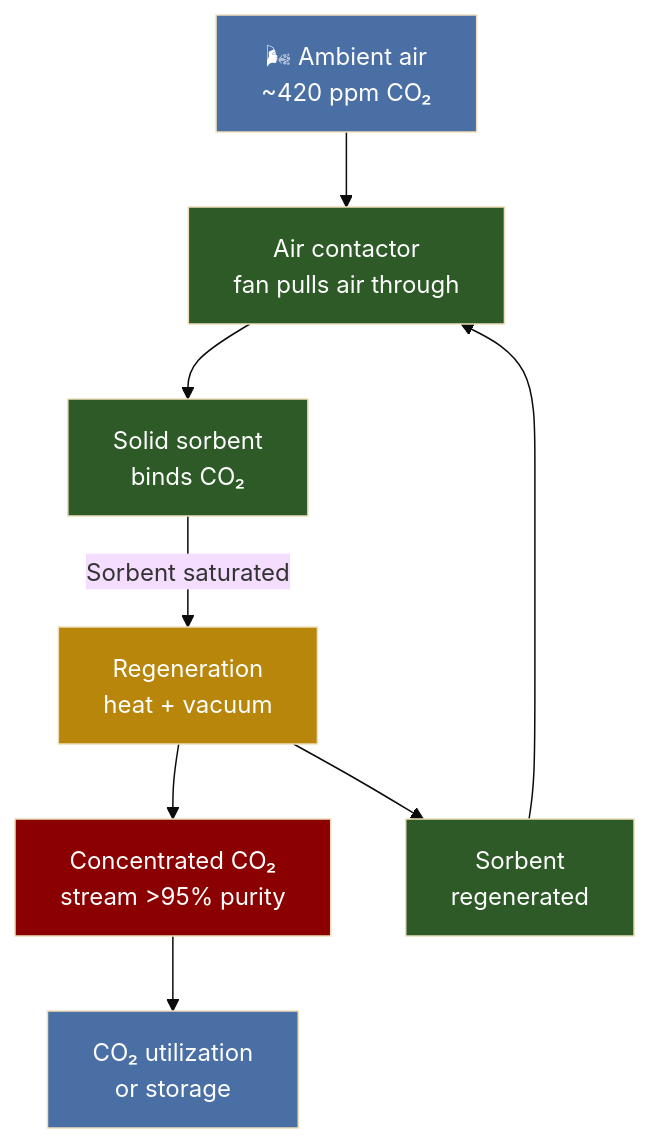
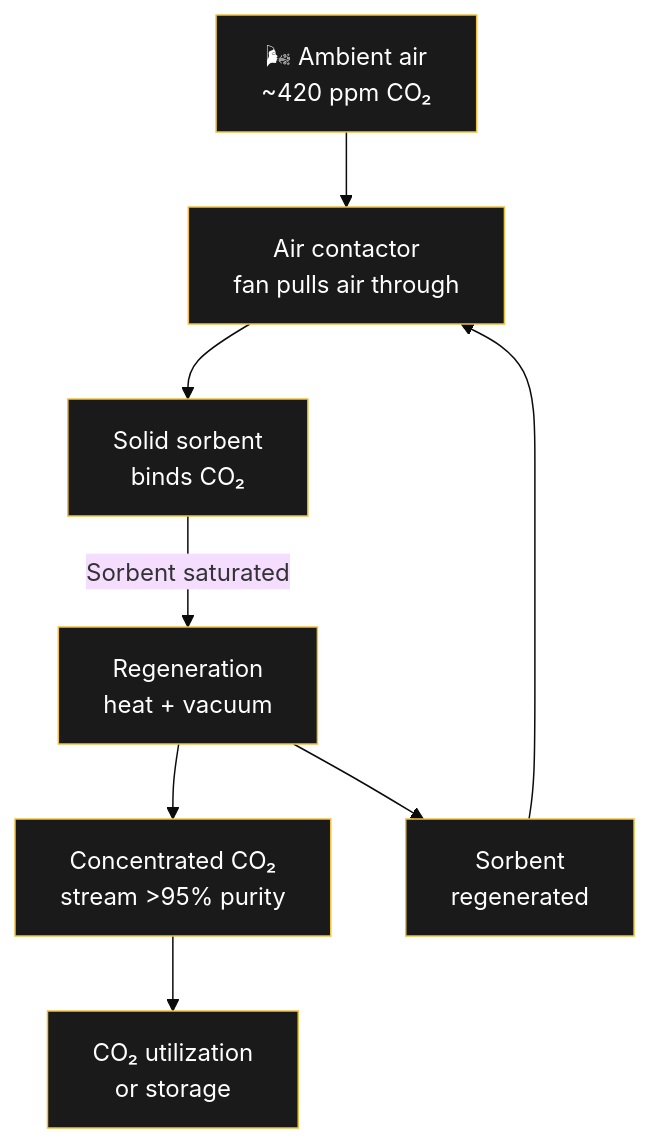
Before and after one commit to raulmina1/quartz-garden: the first of 2 diagrams in content/Engineering/Direct-Air-Capture.md, drawn with Mermaid (base theme). The commit also changed other lines of this file and 13 other files, not shown here.

Commit message:
all 10 improvements: dark flowcharts, Plausible analytics, favicon, CNAME for domain, OG images already active

````diff
--- a/content/Engineering/Direct-Air-Capture.md
+++ b/content/Engineering/Direct-Air-Capture.md
@@ -27,19 +27,19 @@
 ```mermaid
 flowchart TD
     A[🌬 Ambient air<br/>~420 ppm CO₂] --> B[Air contactor<br/>fan pulls air through]
     B --> C[Solid sorbent<br/>binds CO₂]
     C -->|Sorbent saturated| D[Regeneration<br/>heat + vacuum]
     D --> E[Concentrated CO₂<br/>stream >95% purity]
     D --> F[Sorbent<br/>regenerated]
     F --> B
     
     E --> G[CO₂ utilization<br/>or storage]
     
-    style A fill:#4a6fa5,color:#fff
-    style B fill:#2d5a27,color:#fff
-    style C fill:#2d5a27,color:#fff
-    style D fill:#b8860b,color:#fff
-    style E fill:#8b0000,color:#fff
-    style F fill:#2d5a27,color:#fff
-    style G fill:#4a6fa5,color:#fff
+    style A fill:#1a1a1a,stroke:#f0c040,color:#fff
+    style B fill:#1a1a1a,stroke:#f0c040,color:#fff
+    style C fill:#1a1a1a,stroke:#f0c040,color:#fff
+    style D fill:#1a1a1a,stroke:#f0c040,color:#fff
+    style E fill:#1a1a1a,stroke:#f0c040,color:#fff
+    style F fill:#1a1a1a,stroke:#f0c040,color:#fff
+    style G fill:#1a1a1a,stroke:#f0c040,color:#fff
 ```
````
